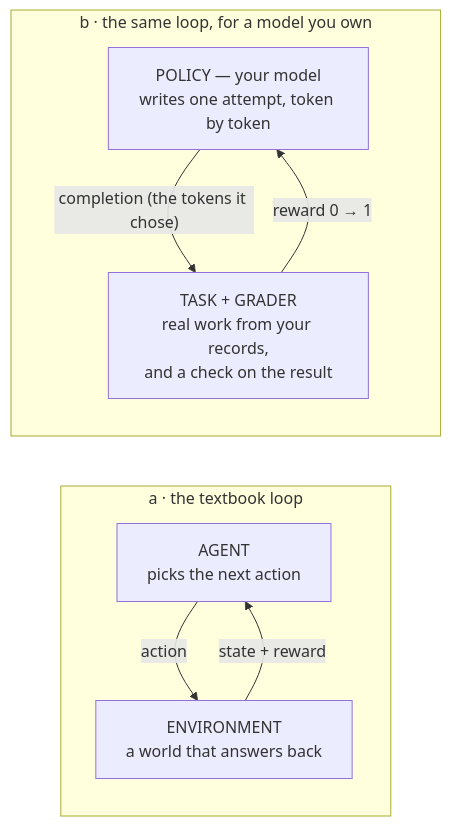
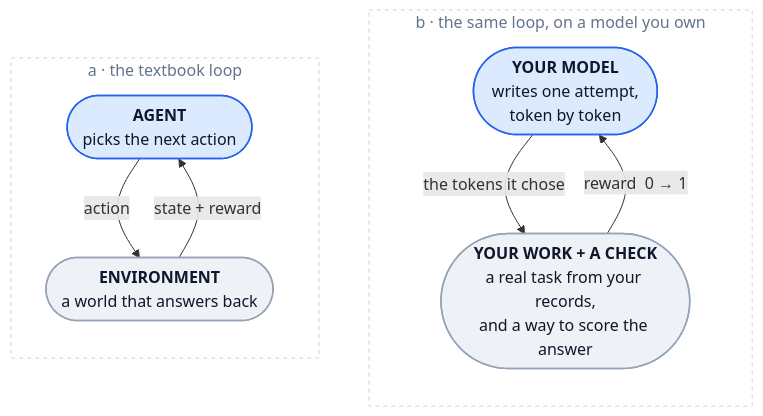
The first of 5 diagrams in train/README.md (autonomous-ai/autonomous-grid), drawn with Mermaid before and after one commit. The commit also changed other lines of this file, not shown here.

````diff
--- a/train/README.md
+++ b/train/README.md
@@ -24,13 +21,25 @@
 ```mermaid
 flowchart LR
-  subgraph classic["a · the textbook loop"]
+  subgraph classic[" a · the textbook loop "]
     direction TB
-    A["AGENT<br/>picks the next action"] -- "action" --> E["ENVIRONMENT<br/>a world that answers back"]
+    A(["<b>AGENT</b><br/>picks the next action"])
+    E(["<b>ENVIRONMENT</b><br/>a world that answers back"])
+    A -- "action" --> E
     E -- "state + reward" --> A
   end
-  subgraph llm["b · the same loop, for a model you own"]
+  subgraph llm[" b · the same loop, on a model you own "]
     direction TB
-    P["POLICY — your model<br/>writes one attempt, token by token"] -- "completion (the tokens it chose)" --> T["TASK + GRADER<br/>real work from your records,<br/>and a check on the result"]
-    T -- "reward 0 → 1" --> P
+    P(["<b>YOUR MODEL</b><br/>writes one attempt,<br/>token by token"])
+    T(["<b>YOUR WORK + A CHECK</b><br/>a real task from your records,<br/>and a way to score the answer"])
+    P -- "the tokens it chose" --> T
+    T -- "reward &nbsp;0 → 1" --> P
   end
+  classic ~~~ llm
+
+  classDef agent fill:#dbeafe,stroke:#2563eb,stroke-width:1.5px,color:#0f172a
+  classDef world fill:#eef2f7,stroke:#94a3b8,stroke-width:1.5px,color:#0f172a
+  class A,P agent
+  class E,T world
+  style classic fill:transparent,stroke:#cbd5e1,stroke-dasharray:4 4,color:#64748b
+  style llm fill:transparent,stroke:#cbd5e1,stroke-dasharray:4 4,color:#64748b
 ```
````
